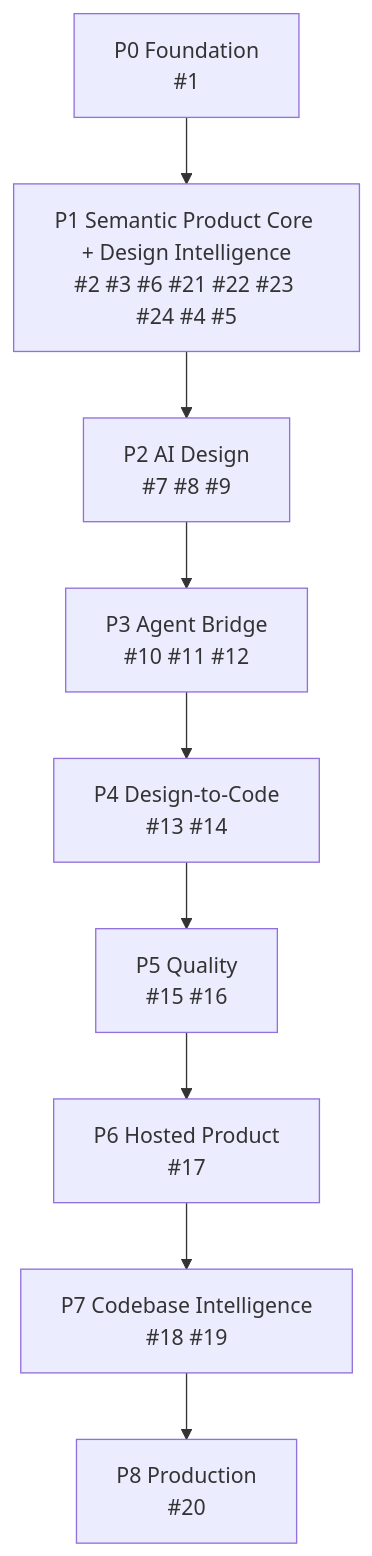
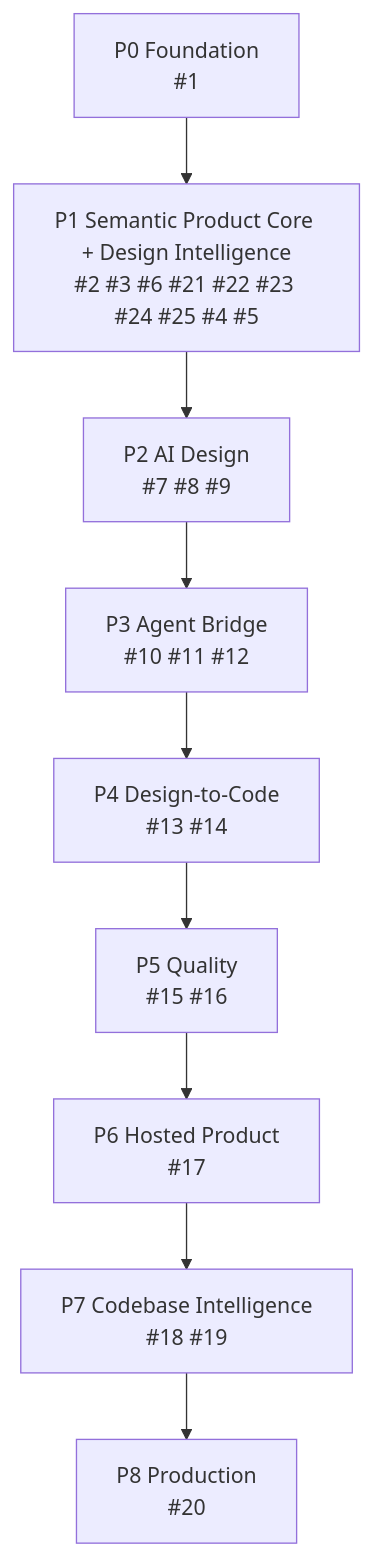
The diagram in docs/ROADMAP.md (tuanpham09/UIForge), drawn with Mermaid before and after one commit. The commit also changed other lines of this file, not shown here.

Commit message:
docs(roadmap): add visual craft quality milestone

```diff
--- a/docs/ROADMAP.md
+++ b/docs/ROADMAP.md
@@ -5,14 +5,14 @@
 ~~~mermaid
 flowchart TB
     P0["P0 Foundation<br/>#1"]
-    P1["P1 Semantic Product Core + Design Intelligence<br/>#2 #3 #6 #21 #22 #23 #24 #4 #5"]
+    P1["P1 Semantic Product Core + Design Intelligence<br/>#2 #3 #6 #21 #22 #23 #24 #25 #4 #5"]
     P2["P2 AI Design<br/>#7 #8 #9"]
     P3["P3 Agent Bridge<br/>#10 #11 #12"]
     P4["P4 Design-to-Code<br/>#13 #14"]
     P5["P5 Quality<br/>#15 #16"]
     P6["P6 Hosted Product<br/>#17"]
     P7["P7 Codebase Intelligence<br/>#18 #19"]
     P8["P8 Production<br/>#20"]
 
     P0 --> P1 --> P2 --> P3 --> P4 --> P5 --> P6 --> P7 --> P8
 ~~~
```
